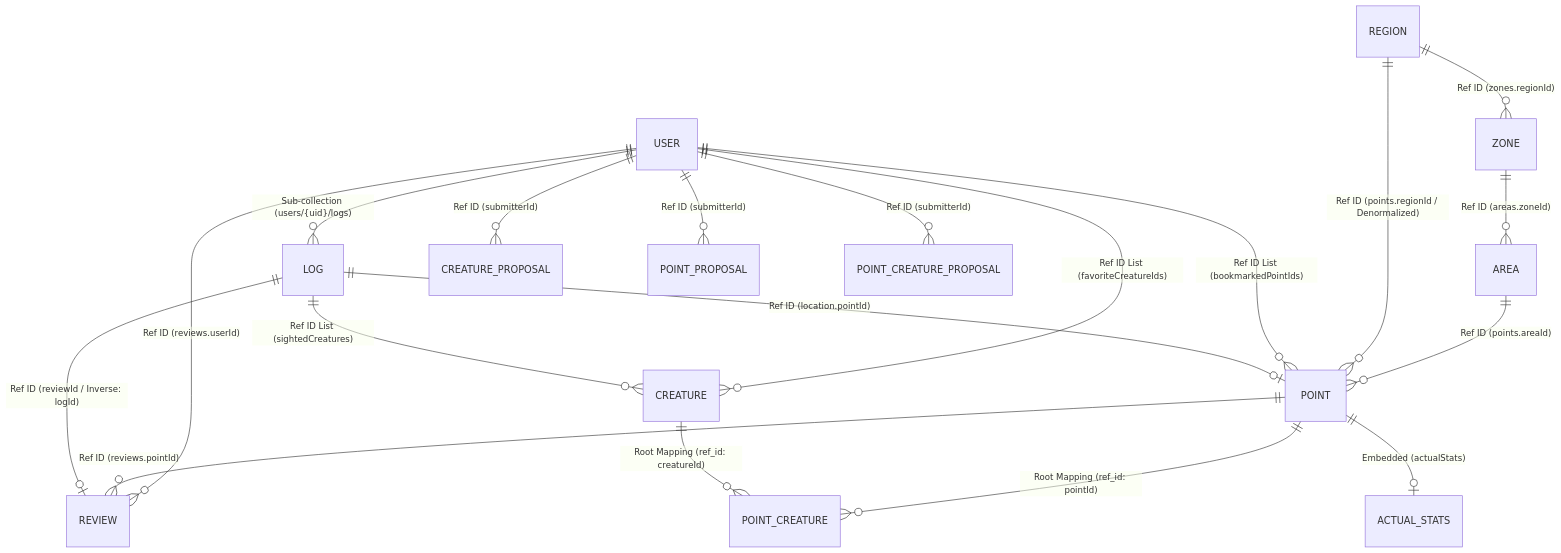
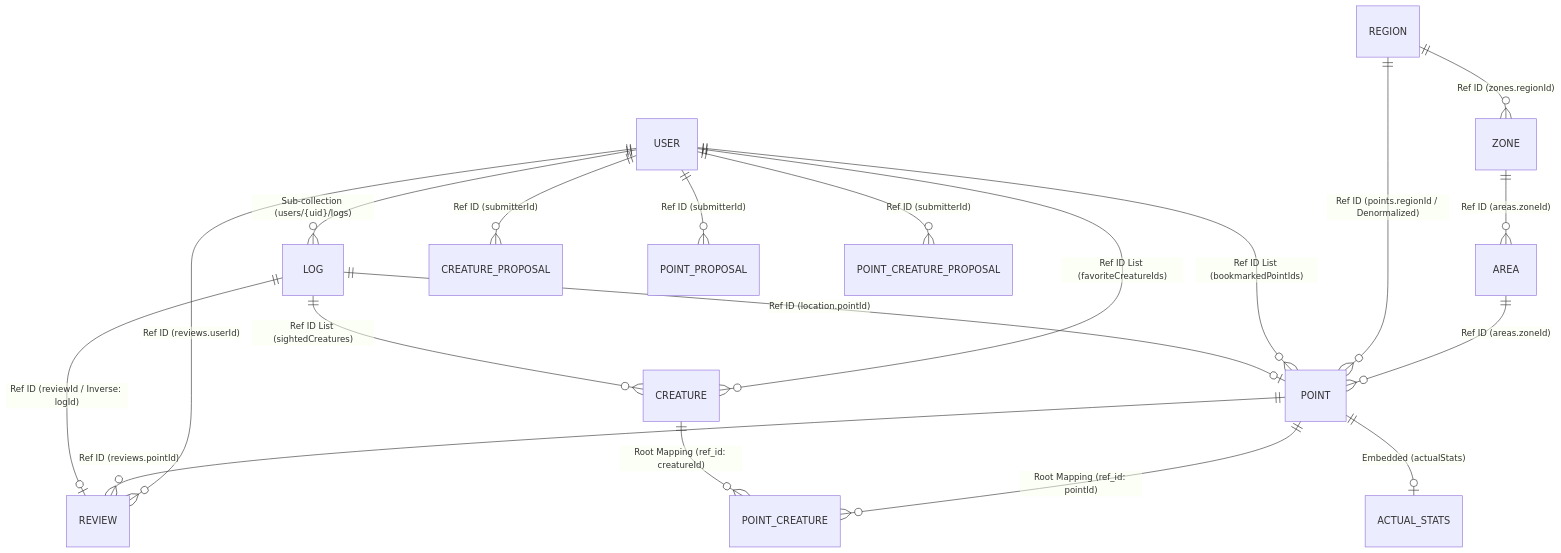
The first of 9 diagrams in DATABASE_DESIGN.md (cloud-solutions-ttakeuchi/wedive), drawn with Mermaid before and after one commit. The commit also changed other lines of this file, not shown here.

````diff
--- a/DATABASE_DESIGN.md
+++ b/DATABASE_DESIGN.md
@@ -59,36 +59,36 @@
 ```mermaid
 erDiagram
     %% --- Geographical Hierarchy ---
     REGION ||--o{ ZONE : "Ref ID (zones.regionId)"
     ZONE ||--o{ AREA : "Ref ID (areas.zoneId)"
-    AREA ||--o{ POINT : "Ref ID (points.areaId)"
+    AREA ||--o{ POINT : "Ref ID (areas.zoneId)"
     REGION ||--o{ POINT : "Ref ID (points.regionId / Denormalized)"
     
     %% --- Core Entities & User Data ---
     USER ||--o{ LOG : "Sub-collection (users/{uid}/logs)"
     USER ||--o{ REVIEW : "Ref ID (reviews.userId)"
     USER ||--o{ CREATURE : "Ref ID List (favoriteCreatureIds)"
     USER ||--o{ POINT : "Ref ID List (bookmarkedPointIds)"
     
     POINT ||--o{ REVIEW : "Ref ID (reviews.pointId)"
     POINT ||--o{ POINT_CREATURE : "Root Mapping (ref_id: pointId)"
     POINT ||--o| ACTUAL_STATS : "Embedded (actualStats)"
     
     CREATURE ||--o{ POINT_CREATURE : "Root Mapping (ref_id: creatureId)"
     
     LOG ||--o| POINT : "Ref ID (location.pointId)"
     LOG ||--o{ CREATURE : "Ref ID List (sightedCreatures)"
     LOG ||--o| REVIEW : "Ref ID (reviewId / Inverse: logId)"
 
     %% --- Proposals (Admin) ---
     USER ||--o{ CREATURE_PROPOSAL : "Ref ID (submitterId)"
     USER ||--o{ POINT_PROPOSAL : "Ref ID (submitterId)"
     USER ||--o{ POINT_CREATURE_PROPOSAL : "Ref ID (submitterId)"
 
     %% Legend
     %% Sub-collection: Physical nesting in Firestore
     %% Ref ID: Single field containing target Document ID
     %% Ref ID List: Array field containing multiple target IDs
     %% Embedded: Nested Map object inside the document
     %% Denormalized: Data stored duplicated for query performance
 ```
````
